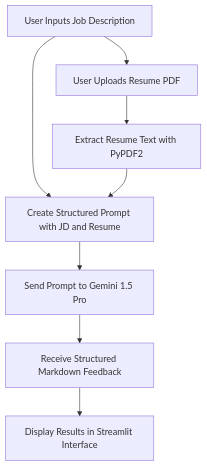
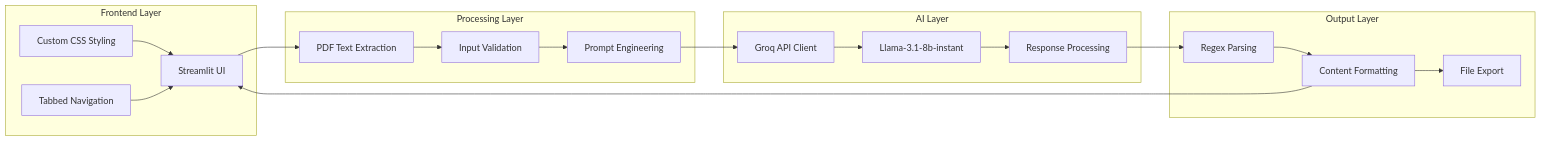
The second of 2 diagrams in README.md (SimranShaikh20/Smart-Resume-Assistant), drawn with Mermaid before and after one commit. The commit also changed other lines of this file and 3 other files, not shown here.

````diff
--- a/README.md
+++ b/README.md
@@ -111,10 +94,39 @@
 ```mermaid
-graph TD
-    A[User Inputs Job Description] --> B[User Uploads Resume PDF]
-    B --> C[Extract Resume Text with PyPDF2]
-    A --> D[Create Structured Prompt with JD and Resume]
-    C --> D
-    D --> E[Send Prompt to Gemini 1.5 Pro]
-    E --> F[Receive Structured Markdown Feedback]
-    F --> G[Display Results in Streamlit Interface]
+graph LR
+    subgraph "Frontend Layer"
+        A[Streamlit UI]
+        B[Custom CSS Styling]
+        C[Tabbed Navigation]
+    end
+    
+    subgraph "Processing Layer"
+        D[PDF Text Extraction]
+        E[Input Validation]
+        F[Prompt Engineering]
+    end
+    
+    subgraph "AI Layer"
+        G[Groq API Client]
+        H[Llama-3.1-8b-instant]
+        I[Response Processing]
+    end
+    
+    subgraph "Output Layer"
+        J[Regex Parsing]
+        K[Content Formatting]
+        L[File Export]
+    end
+    
+    A --> D
+    D --> E
+    E --> F
+    F --> G
+    G --> H
+    H --> I
+    I --> J
+    J --> K
+    K --> A
+    B --> A
+    C --> A
+    K --> L
 ```
````
